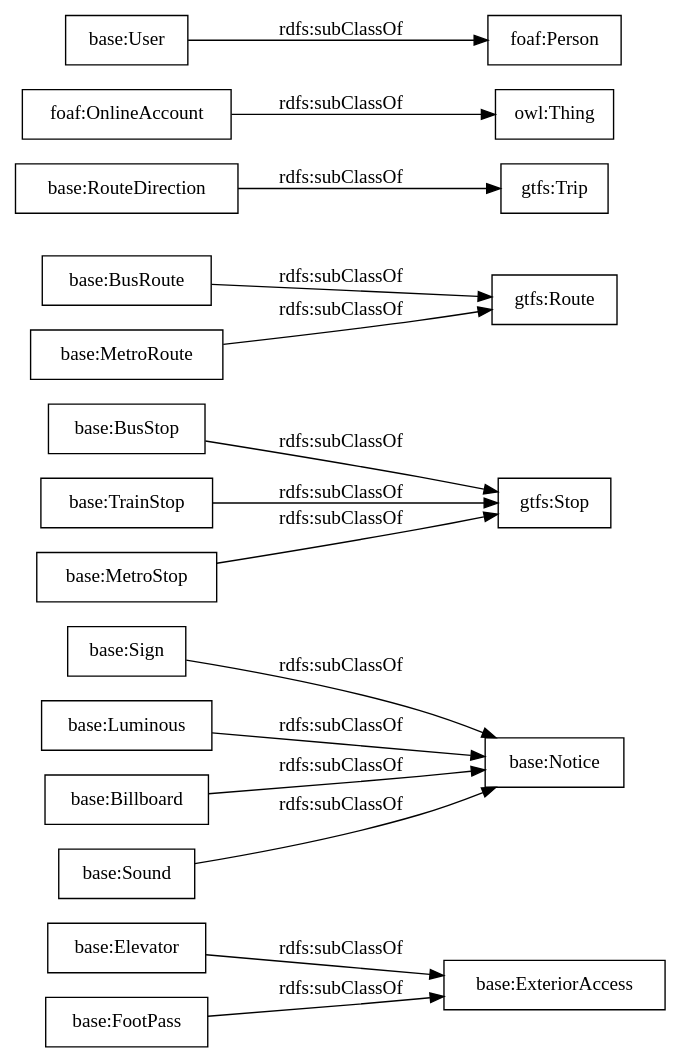
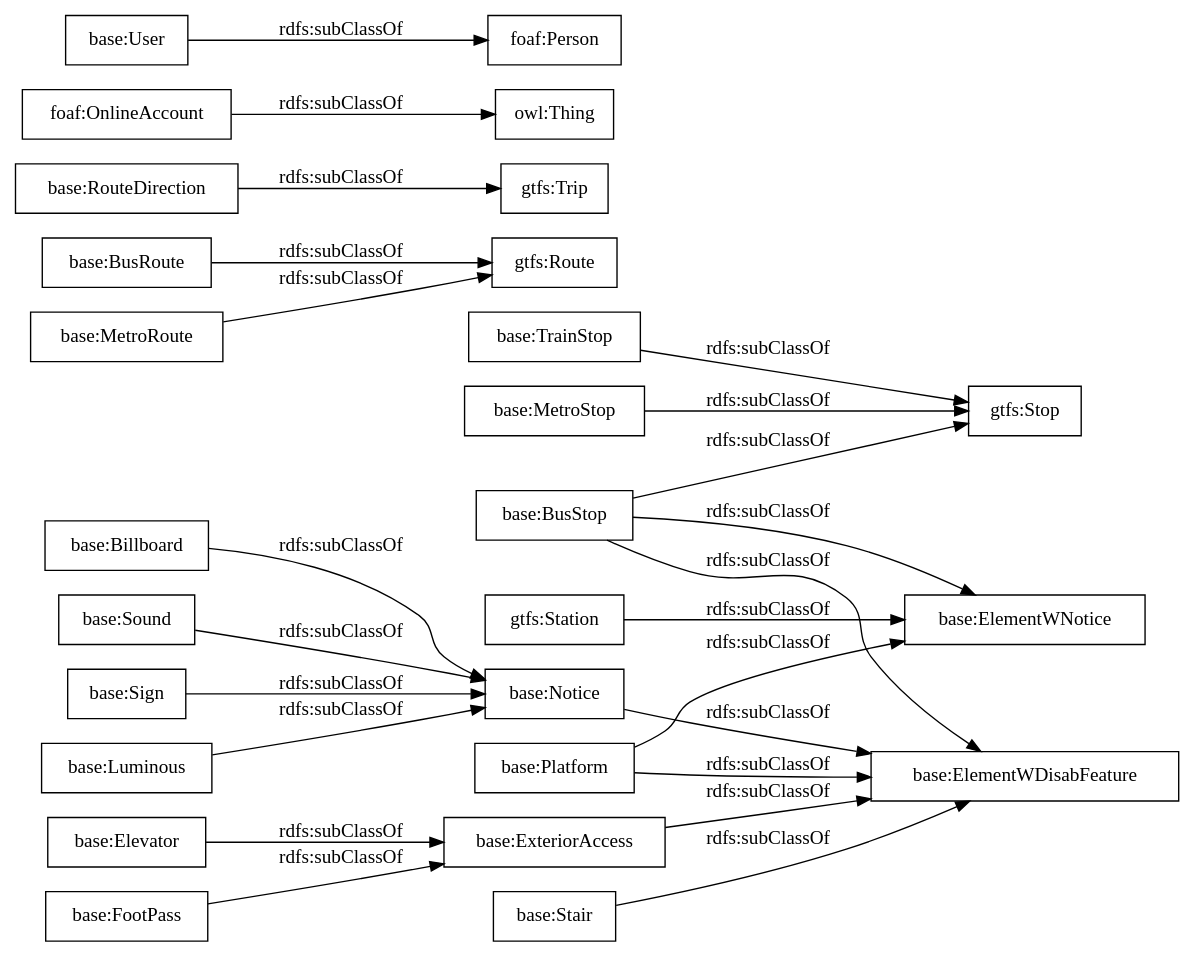
One commit to ednaru/onto-transacc changed the diagram in OnToology/TransportAccessibilityv3.owl/diagrams/ar2dtool-taxonomy/TransportAccessibilityv3.owl.png.dot. Above: the diagram before and after it, drawn with Graphviz. The commit also changed 13 other files, not shown here.

```diff
--- a/OnToology/TransportAccessibilityv3.owl/diagrams/ar2dtool-taxonomy/TransportAccessibilityv3.owl.png.dot
+++ b/OnToology/TransportAccessibilityv3.owl/diagrams/ar2dtool-taxonomy/TransportAccessibilityv3.owl.png.dot
@@ -1,20 +1,28 @@
 digraph ar2dtool_diagram { 
 rankdir=LR;
 size="1000"
-node [shape = rectangle, color="black"]; "base:ExteriorAccess" "base:Sign" "base:Elevator" "base:BusStop" "base:BusRoute" "base:TrainStop" "base:Luminous" "base:Billboard" "base:RouteDirection" "foaf:OnlineAccount" "base:FootPass" "base:Sound" "base:MetroStop" "gtfs:Trip" "base:Notice" "foaf:Person" "gtfs:Stop" "base:MetroRoute" "gtfs:Route" "base:User" ; /*classes style*/
+node [shape = rectangle, color="black"]; "base:ExteriorAccess" "base:ElementWDisabFeature" "base:Sign" "base:Elevator" "base:Stair" "gtfs:Station" "base:BusStop" "base:BusRoute" "base:Platform" "base:TrainStop" "base:Luminous" "base:Billboard" "base:RouteDirection" "foaf:OnlineAccount" "gtfs:Trip" "base:Sound" "base:MetroStop" "base:Notice" "base:FootPass" "foaf:Person" "gtfs:Stop" "base:MetroRoute" "base:ElementWNotice" "gtfs:Route" "base:User" ; /*classes style*/
+	"base:User" -> "foaf:Person" [ label = "rdfs:subClassOf" ];
+	"base:Billboard" -> "base:Notice" [ label = "rdfs:subClassOf" ];
+	"base:BusStop" -> "gtfs:Stop" [ label = "rdfs:subClassOf" ];
+	"base:BusStop" -> "base:ElementWNotice" [ label = "rdfs:subClassOf" ];
+	"base:BusStop" -> "base:ElementWDisabFeature" [ label = "rdfs:subClassOf" ];
+	"base:MetroStop" -> "gtfs:Stop" [ label = "rdfs:subClassOf" ];
+	"base:Sound" -> "base:Notice" [ label = "rdfs:subClassOf" ];
+	"base:Platform" -> "base:ElementWNotice" [ label = "rdfs:subClassOf" ];
+	"base:Platform" -> "base:ElementWDisabFeature" [ label = "rdfs:subClassOf" ];
+	"base:ExteriorAccess" -> "base:ElementWDisabFeature" [ label = "rdfs:subClassOf" ];
 	"base:Sign" -> "base:Notice" [ label = "rdfs:subClassOf" ];
+	"base:FootPass" -> "base:ExteriorAccess" [ label = "rdfs:subClassOf" ];
+	"base:Stair" -> "base:ElementWDisabFeature" [ label = "rdfs:subClassOf" ];
+	"base:Notice" -> "base:ElementWDisabFeature" [ label = "rdfs:subClassOf" ];
+	"base:TrainStop" -> "gtfs:Stop" [ label = "rdfs:subClassOf" ];
+	"base:RouteDirection" -> "gtfs:Trip" [ label = "rdfs:subClassOf" ];
+	"base:Luminous" -> "base:Notice" [ label = "rdfs:subClassOf" ];
 	"foaf:OnlineAccount" -> "owl:Thing" [ label = "rdfs:subClassOf" ];
-	"base:RouteDirection" -> "gtfs:Trip" [ label = "rdfs:subClassOf" ];
-	"base:MetroStop" -> "gtfs:Stop" [ label = "rdfs:subClassOf" ];
+	"base:MetroRoute" -> "gtfs:Route" [ label = "rdfs:subClassOf" ];
 	"base:BusRoute" -> "gtfs:Route" [ label = "rdfs:subClassOf" ];
-	"base:User" -> "foaf:Person" [ label = "rdfs:subClassOf" ];
 	"base:Elevator" -> "base:ExteriorAccess" [ label = "rdfs:subClassOf" ];
-	"base:TrainStop" -> "gtfs:Stop" [ label = "rdfs:subClassOf" ];
-	"base:BusStop" -> "gtfs:Stop" [ label = "rdfs:subClassOf" ];
-	"base:MetroRoute" -> "gtfs:Route" [ label = "rdfs:subClassOf" ];
-	"base:Billboard" -> "base:Notice" [ label = "rdfs:subClassOf" ];
-	"base:Luminous" -> "base:Notice" [ label = "rdfs:subClassOf" ];
-	"base:FootPass" -> "base:ExteriorAccess" [ label = "rdfs:subClassOf" ];
-	"base:Sound" -> "base:Notice" [ label = "rdfs:subClassOf" ];
+	"gtfs:Station" -> "base:ElementWNotice" [ label = "rdfs:subClassOf" ];
 
 }
```
